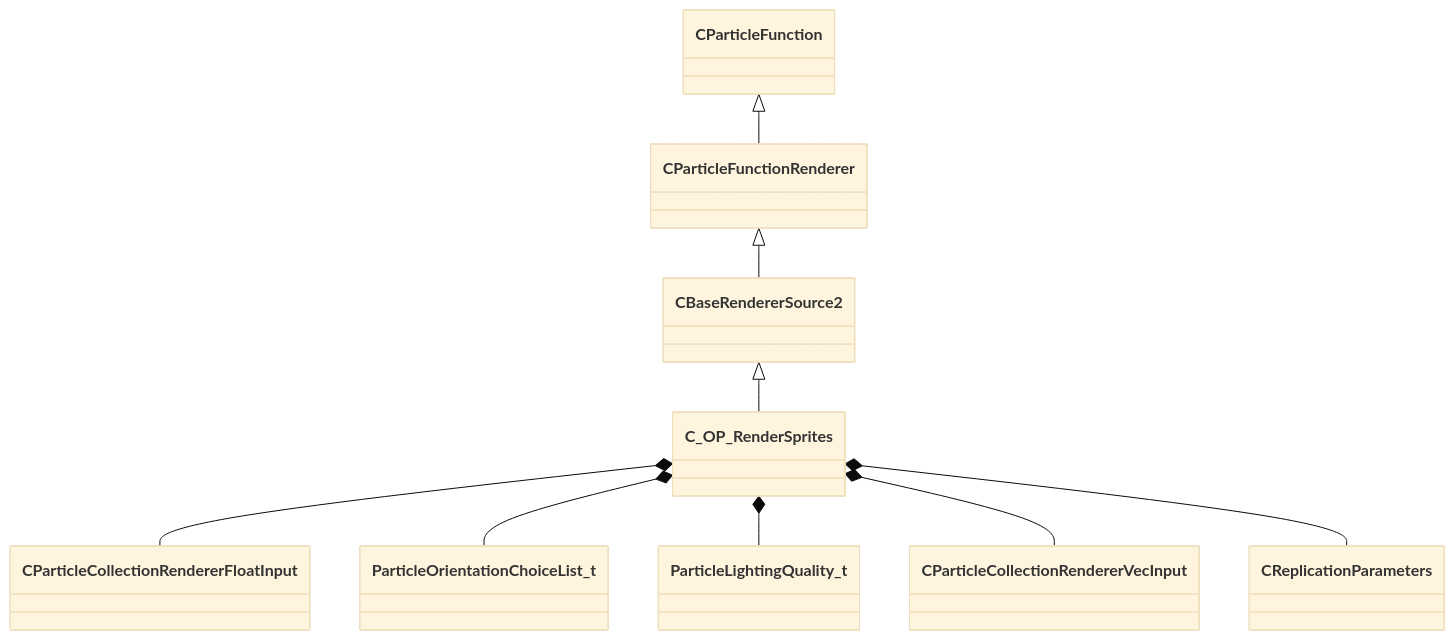
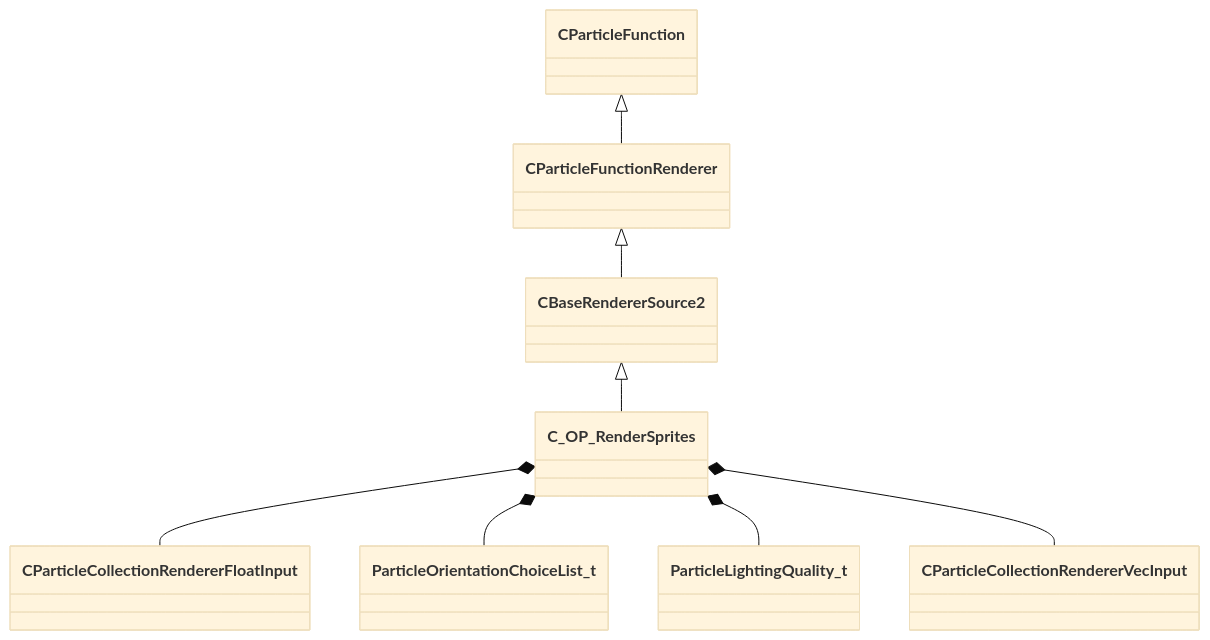
Before and after one commit to CS2OpenDev/CS2OpenDev-Docs: the diagram in docs/generated/schemas/particles/C_OP_RenderSprites.md, drawn with Mermaid (base theme). The commit also changed other lines of this file and 4654 other files, not shown here.

Commit message:
docs: regenerate for SchemaTracker build 25947352 [skip ci]

````diff
--- a/docs/generated/schemas/particles/C_OP_RenderSprites.md
+++ b/docs/generated/schemas/particles/C_OP_RenderSprites.md
@@ -21,11 +21,10 @@
 ```mermaid
 classDiagram
     CBaseRendererSource2 <|-- C_OP_RenderSprites
     CParticleFunctionRenderer <|-- CBaseRendererSource2
     CParticleFunction <|-- CParticleFunctionRenderer
     C_OP_RenderSprites *-- CParticleCollectionRendererFloatInput
     C_OP_RenderSprites *-- ParticleOrientationChoiceList_t
     C_OP_RenderSprites *-- ParticleLightingQuality_t
     C_OP_RenderSprites *-- CParticleCollectionRendererVecInput
-    C_OP_RenderSprites *-- CReplicationParameters
 ```
````
